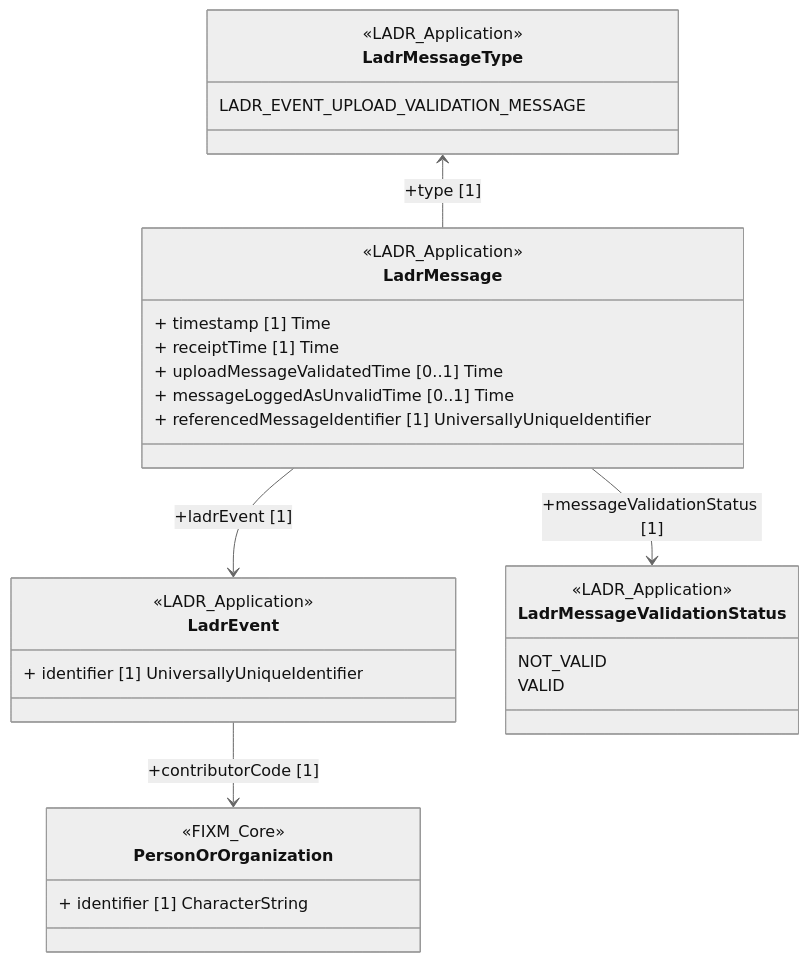
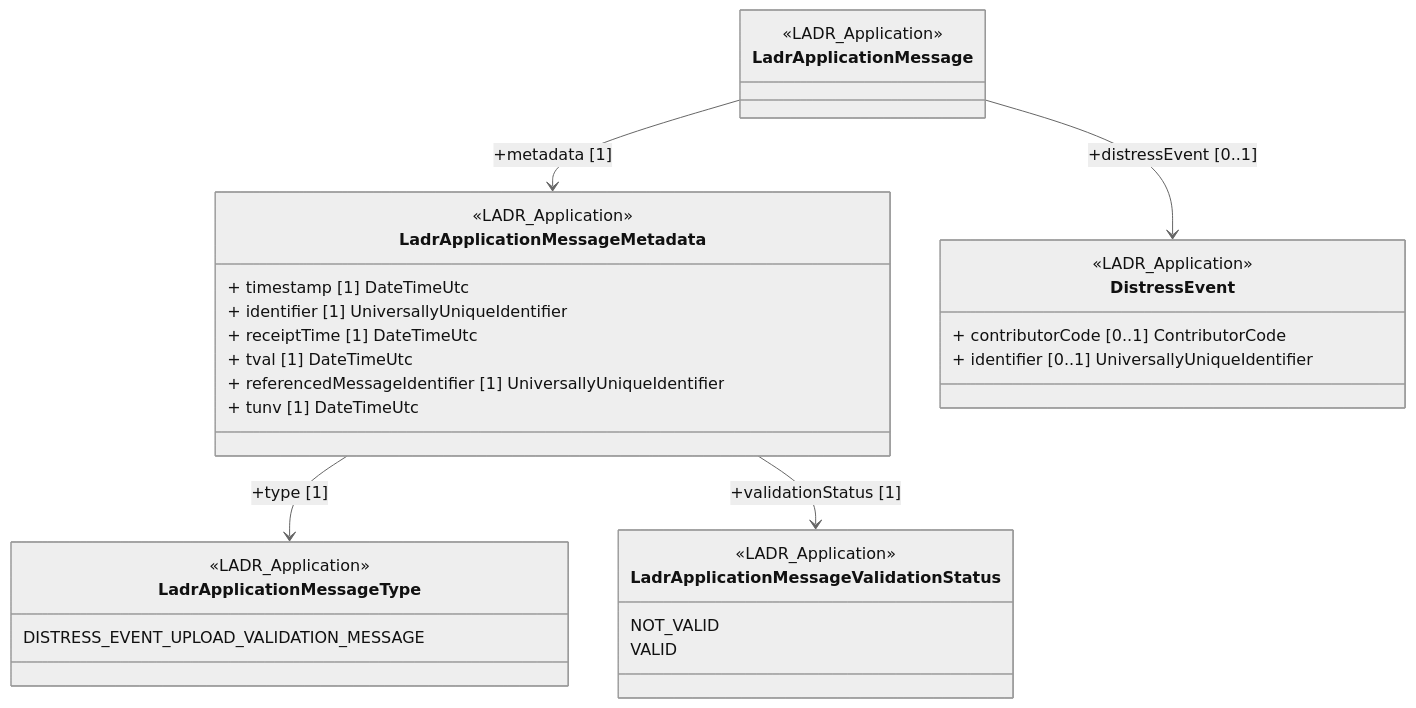
Before and after one commit to eurocontrol-ladr/ladrApplicationMessages: the second of 2 diagrams in schemas/distressEventUploadValidationMessage/readMe.md, drawn with Mermaid (neutral theme). The commit also changed other lines of this file, not shown here.

````diff
--- a/schemas/distressEventUploadValidationMessage/readMe.md
+++ b/schemas/distressEventUploadValidationMessage/readMe.md
@@ -19,27 +19,28 @@
-```mermaid
-classDiagram
-class LadrMessage	
-<<LADR_Application>> LadrMessage	
-LadrMessage : + timestamp [1] Time	
-class LadrMessageType	
-<<LADR_Application>> LadrMessageType	
-LadrMessageType : LADR_EVENT_UPLOAD_VALIDATION_MESSAGE	
-LadrMessageType <-- LadrMessage : +type [1]	
-LadrMessage : + receiptTime [1] Time	
-class LadrEvent	
-<<LADR_Application>> LadrEvent	
-class PersonOrOrganization	
-<<FIXM_Core>> PersonOrOrganization	
-PersonOrOrganization : + identifier [1] CharacterString	
-LadrEvent --> PersonOrOrganization : +contributorCode [1]	
-LadrEvent : + identifier [1] UniversallyUniqueIdentifier	
-LadrMessage --> LadrEvent : +ladrEvent [1]	
-class LadrMessageValidationStatus	
-<<LADR_Application>> LadrMessageValidationStatus	
-LadrMessageValidationStatus : NOT_VALID	
-LadrMessageValidationStatus : VALID	
-LadrMessage --> LadrMessageValidationStatus : +messageValidationStatus [1]	
-LadrMessage : + uploadMessageValidatedTime [0..1] Time	
-LadrMessage : + messageLoggedAsUnvalidTime [0..1] Time	
-LadrMessage : + referencedMessageIdentifier [1] UniversallyUniqueIdentifier	
-```
+```mermaid	
+classDiagram	
+class LadrApplicationMessage	
+<<LADR_Application>> LadrApplicationMessage	
+class LadrApplicationMessageMetadata	
+<<LADR_Application>> LadrApplicationMessageMetadata	
+LadrApplicationMessageMetadata : + timestamp [1] DateTimeUtc	
+class LadrApplicationMessageType	
+<<LADR_Application>> LadrApplicationMessageType	
+LadrApplicationMessageType : DISTRESS_EVENT_UPLOAD_VALIDATION_MESSAGE	
+LadrApplicationMessageMetadata --> LadrApplicationMessageType : +type [1]	
+LadrApplicationMessageMetadata : + identifier [1] UniversallyUniqueIdentifier	
+LadrApplicationMessageMetadata : + receiptTime [1] DateTimeUtc	
+class LadrApplicationMessageValidationStatus	
+<<LADR_Application>> LadrApplicationMessageValidationStatus	
+LadrApplicationMessageValidationStatus : NOT_VALID	
+LadrApplicationMessageValidationStatus : VALID	
+LadrApplicationMessageMetadata --> LadrApplicationMessageValidationStatus : +validationStatus [1]	
+LadrApplicationMessageMetadata : + tval [1] DateTimeUtc	
+LadrApplicationMessageMetadata : + referencedMessageIdentifier [1] UniversallyUniqueIdentifier	
+LadrApplicationMessageMetadata : + tunv [1] DateTimeUtc	
+LadrApplicationMessage --> LadrApplicationMessageMetadata : +metadata [1]	
+class DistressEvent	
+<<LADR_Application>> DistressEvent	
+DistressEvent : + contributorCode [0..1] ContributorCode	
+DistressEvent : + identifier [0..1] UniversallyUniqueIdentifier	
+LadrApplicationMessage --> DistressEvent : +distressEvent [0..1]	
+```	
````
